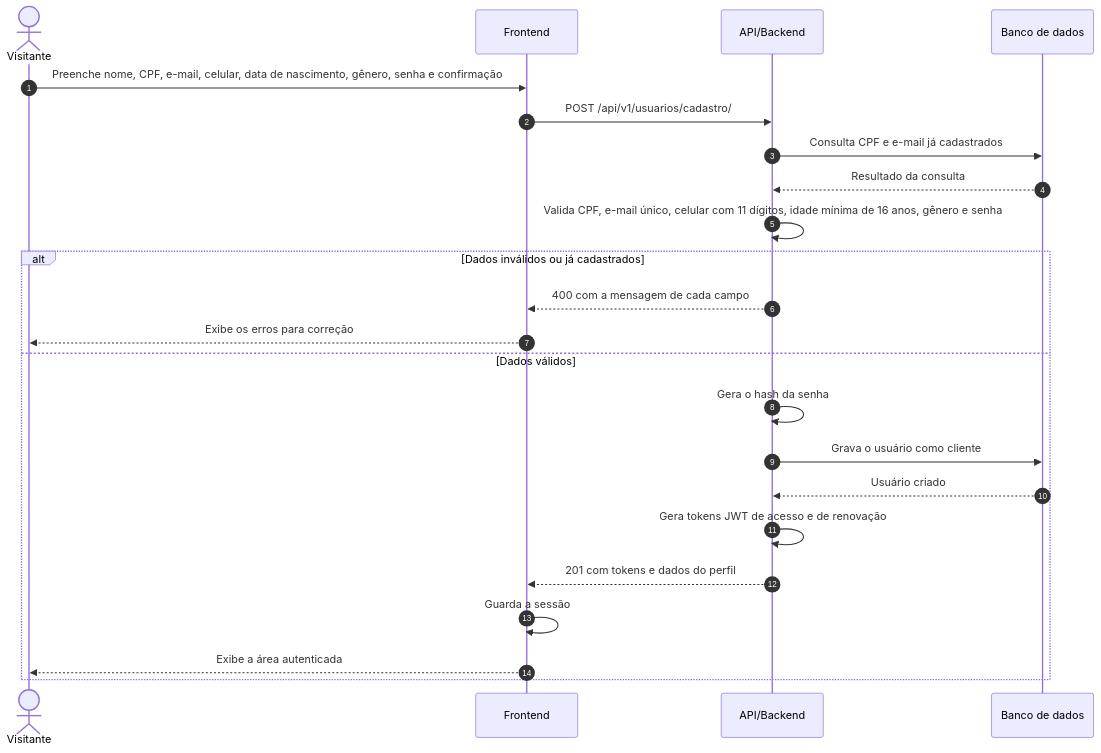
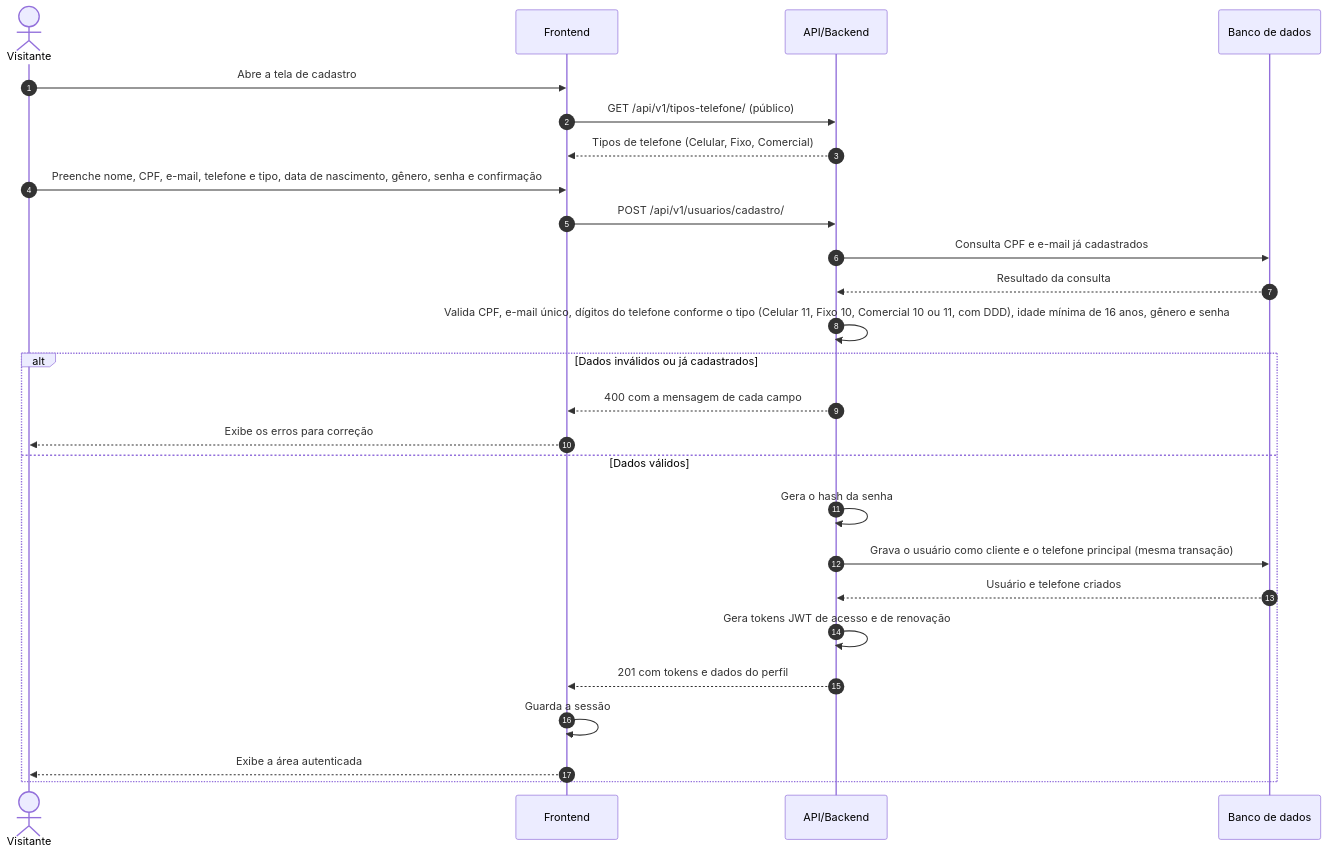
One commit to marcusmartins07/agro-store changed the diagram in docs/diagramas/fig04-seq-cadastro.mmd. Above: the diagram before and after it, drawn with Mermaid. The commit also changed 36 other files, not shown here.

First line of the commit message:
Adicionados telefones do usuário com tipos (RN-021) (SCRUM-133 a SCRUM-137)

```diff
--- a/docs/diagramas/fig04-seq-cadastro.mmd
+++ b/docs/diagramas/fig04-seq-cadastro.mmd
@@ -1,28 +1,31 @@
 %% Figura 4 - Diagrama de Sequência I - Cadastro de Cliente
 %% Conferido em: usuarios/views.py (CadastroClienteView) e usuarios/serializers.py (CadastroClienteSerializer).
 %% O cadastro público cria somente cliente (RN-012); campos de privilégio não são aceitos.
 sequenceDiagram
     autonumber
     actor C as Visitante
     participant F as Frontend
     participant A as API/Backend
     participant B as Banco de dados
 
-    C->>F: Preenche nome, CPF, e-mail, celular, data de nascimento, gênero, senha e confirmação
+    C->>F: Abre a tela de cadastro
+    F->>A: GET /api/v1/tipos-telefone/ (público)
+    A-->>F: Tipos de telefone (Celular, Fixo, Comercial)
+    C->>F: Preenche nome, CPF, e-mail, telefone e tipo, data de nascimento, gênero, senha e confirmação
     F->>A: POST /api/v1/usuarios/cadastro/
     A->>B: Consulta CPF e e-mail já cadastrados
     B-->>A: Resultado da consulta
-    A->>A: Valida CPF, e-mail único, celular com 11 dígitos, idade mínima de 16 anos, gênero e senha
+    A->>A: Valida CPF, e-mail único, dígitos do telefone conforme o tipo (Celular 11, Fixo 10, Comercial 10 ou 11, com DDD), idade mínima de 16 anos, gênero e senha
 
     alt Dados inválidos ou já cadastrados
         A-->>F: 400 com a mensagem de cada campo
         F-->>C: Exibe os erros para correção
     else Dados válidos
         A->>A: Gera o hash da senha
-        A->>B: Grava o usuário como cliente
-        B-->>A: Usuário criado
+        A->>B: Grava o usuário como cliente e o telefone principal (mesma transação)
+        B-->>A: Usuário e telefone criados
         A->>A: Gera tokens JWT de acesso e de renovação
         A-->>F: 201 com tokens e dados do perfil
         F->>F: Guarda a sessão
         F-->>C: Exibe a área autenticada
     end
```
